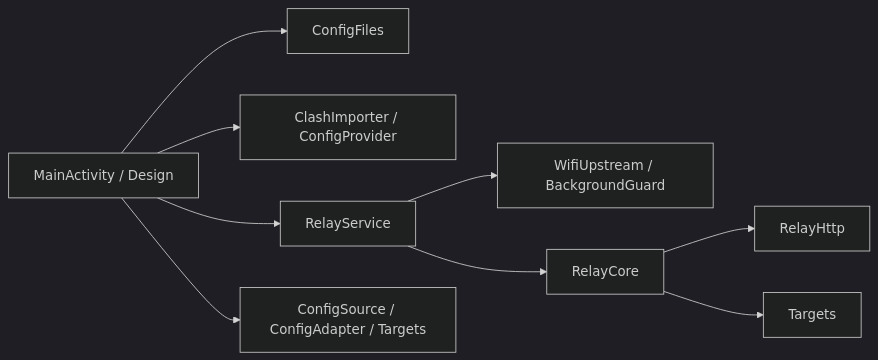
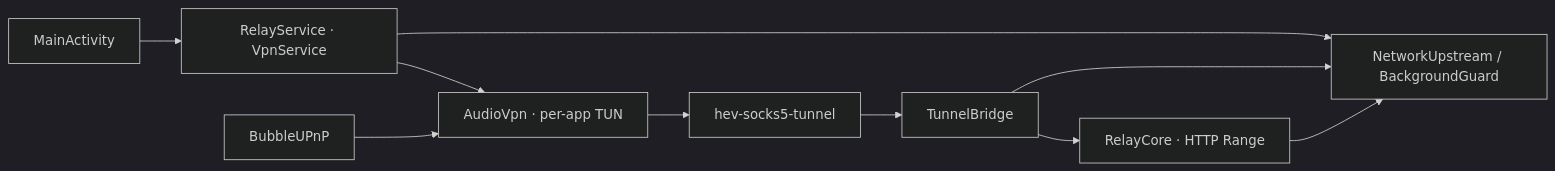
Before and after one commit to ChrisDong-THU/Rill: the diagram in docs/development.md, drawn with Mermaid (dark theme). The commit also changed other lines of this file and 44 other files, not shown here.

Commit message:
Release Rill 0.4.0 with a standalone audio VPN

````diff
--- a/docs/development.md
+++ b/docs/development.md
@@ -5,11 +5,12 @@
 ```mermaid
 flowchart LR
-    UI[MainActivity / Design] --> Files[ConfigFiles]
-    UI --> Import[ClashImporter / ConfigProvider]
-    UI --> Service[RelayService]
-    Service --> Network[WifiUpstream / BackgroundGuard]
-    Service --> Relay[RelayCore]
-    Relay --> HTTP[RelayHttp]
-    UI --> Config[ConfigSource / ConfigAdapter / Targets]
-    Relay --> Targets[Targets]
+    UI[MainActivity] --> Service[RelayService · VpnService]
+    Service --> Network[NetworkUpstream / BackgroundGuard]
+    Service --> VPN[AudioVpn · per-app TUN]
+    Player[BubbleUPnP] --> VPN
+    VPN --> Native[hev-socks5-tunnel]
+    Native --> Bridge[TunnelBridge]
+    Bridge --> Relay[RelayCore · HTTP Range]
+    Bridge --> Network
+    Relay --> Network
 ```
````
